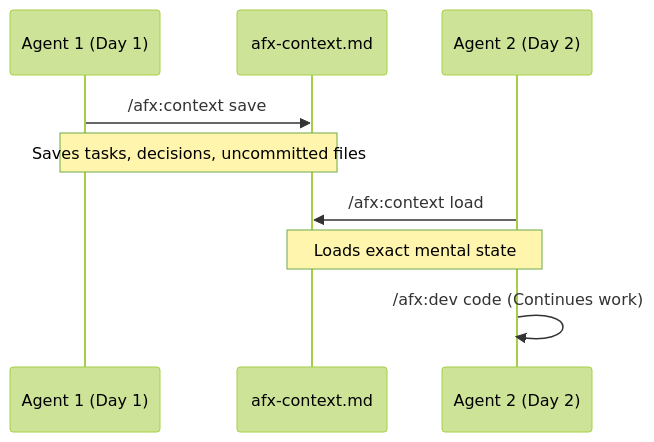
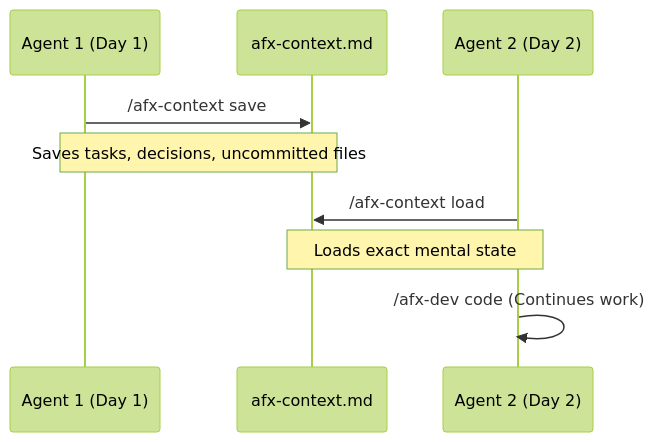
One commit to rixrix/afx changed the fifth of 13 diagrams in README.md. Above: the diagram before and after it, drawn with Mermaid (forest theme). The commit also changed other lines of this file and 153 other files, not shown here.

````diff
--- a/README.md
+++ b/README.md
@@ -100,12 +100,12 @@
 ```mermaid
 sequenceDiagram
     participant A as Agent 1 (Day 1)
     participant H as afx-context.md
     participant B as Agent 2 (Day 2)
 
-    A->>H: /afx:context save
+    A->>H: /afx-context save
     Note over A,H: Saves tasks, decisions, uncommitted files
-    B->>H: /afx:context load
+    B->>H: /afx-context load
     Note over H,B: Loads exact mental state
-    B->>B: /afx:dev code (Continues work)
+    B->>B: /afx-dev code (Continues work)
 ```
````
